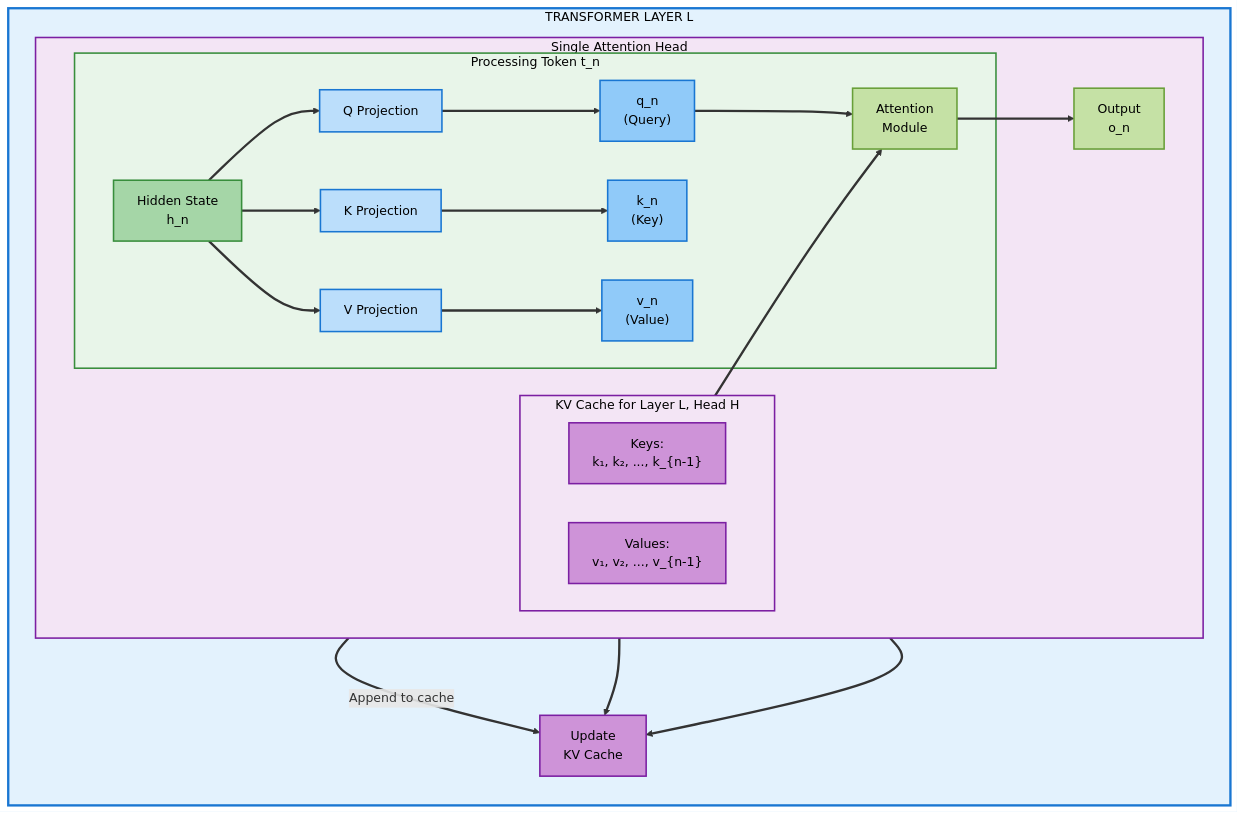
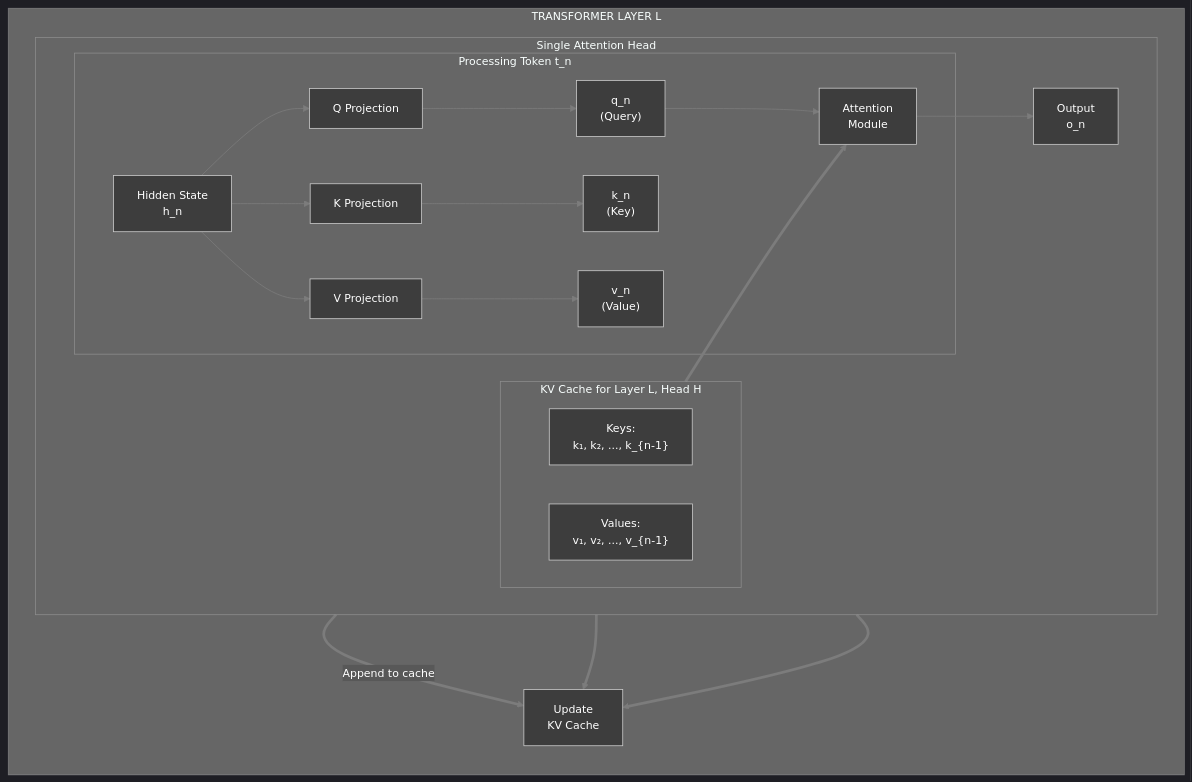
Before and after one commit to Shahriarin2garden/vllm_from_scratch: the fifth of 14 diagrams in lab0.1/README.md, drawn with Mermaid. The commit also changed other lines of this file and 2 other files, not shown here.

````diff
--- a/lab0.1/README.md
+++ b/lab0.1/README.md
@@ -362,53 +1501,34 @@
 ```mermaid
+%%{init: {'theme':'dark', 'themeVariables': { 'primaryColor':'#3d3d3d','primaryTextColor':'#fff','primaryBorderColor':'#7c7c7c','lineColor':'#7c7c7c','secondaryColor':'#4a4a4a','tertiaryColor':'#3d3d3d','background':'#2d2d2d','mainBkg':'#3d3d3d','secondBkg':'#4a4a4a','textColor':'#fff','fontSize':'14px'}}}%%
 flowchart TD
     subgraph Layer_L [" TRANSFORMER LAYER L "]
         direction TB
         subgraph Attention_Head [" Single Attention Head "]
             direction LR
 
             subgraph Current_Token [" Processing Token t_n "]
                 H["Hidden State<br/>h_n"] --> Q_Proj["Q Projection"];
                 H --> K_Proj["K Projection"];
                 H --> V_Proj["V Projection"];
 
                 Q_Proj --> Q["q_n<br/>(Query)"];
                 K_Proj --> K["k_n<br/>(Key)"];
                 V_Proj --> V["v_n<br/>(Value)"];
 
                 Q --> Attention["Attention<br/>Module"];
             end
 
             subgraph KV_Cache [" KV Cache for Layer L, Head H "]
                 KC["Keys:<br/>k₁, k₂, ..., k_{n-1}"];
                 VC["Values:<br/>v₁, v₂, ..., v_{n-1}"];
             end
 
             KV_Cache ==> Attention;
             Attention --> O["Output<br/>o_n"];
         end
 
         O ==>|"Append to cache"| KV_Cache_Update["Update<br/>KV Cache"];
         K ==> KV_Cache_Update;
         V ==> KV_Cache_Update;
     end
-
-    linkStyle default stroke:#333,stroke-width:3px
-
-    style Layer_L fill:#e3f2fd,stroke:#1976d2,stroke-width:3px,color:#000
-    style Attention_Head fill:#f3e5f5,stroke:#7b1fa2,stroke-width:2px,color:#000
-    style Current_Token fill:#e8f5e9,stroke:#388e3c,stroke-width:2px,color:#000
-    style KV_Cache fill:#f3e5f5,stroke:#7b1fa2,stroke-width:2px,color:#000
-    style H fill:#a5d6a7,stroke:#388e3c,stroke-width:2px,color:#000
-    style Q_Proj fill:#bbdefb,stroke:#1976d2,stroke-width:2px,color:#000
-    style K_Proj fill:#bbdefb,stroke:#1976d2,stroke-width:2px,color:#000
-    style V_Proj fill:#bbdefb,stroke:#1976d2,stroke-width:2px,color:#000
-    style Q fill:#90caf9,stroke:#1976d2,stroke-width:2px,color:#000
-    style K fill:#90caf9,stroke:#1976d2,stroke-width:2px,color:#000
-    style V fill:#90caf9,stroke:#1976d2,stroke-width:2px,color:#000
-    style KC fill:#ce93d8,stroke:#7b1fa2,stroke-width:2px,color:#000
-    style VC fill:#ce93d8,stroke:#7b1fa2,stroke-width:2px,color:#000
-    style Attention fill:#c5e1a5,stroke:#689f38,stroke-width:2px,color:#000
-    style O fill:#c5e1a5,stroke:#689f38,stroke-width:2px,color:#000
-    style KV_Cache_Update fill:#ce93d8,stroke:#7b1fa2,stroke-width:2px,color:#000
-
 ```
````
